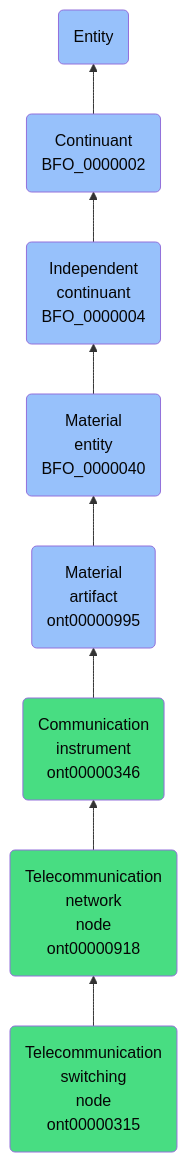
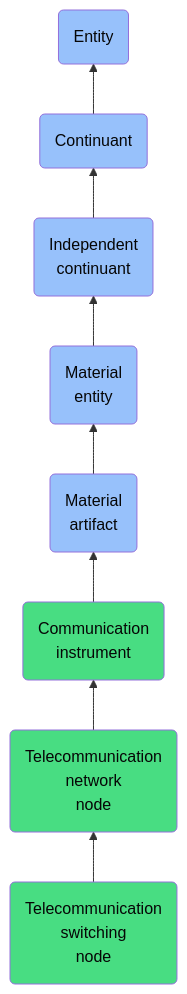
Before and after one commit to jupyter-naas/abi: the diagram in docs/ontology/reference/model/Entity/Continuant/Independent continuant/Material entity/Material artifact/Communication instrument/Telecommunication network node/Telecommunication switching node/Telecommunication switching node.md, drawn with Mermaid. The commit also changed other lines of this file and 1430 other files, not shown here.

````diff
--- a/docs/ontology/reference/model/Entity/Continuant/Independent continuant/Material entity/Material artifact/Communication instrument/Telecommunication network node/Telecommunication switching node/Telecommunication switching node.md
+++ b/docs/ontology/reference/model/Entity/Continuant/Independent continuant/Material entity/Material artifact/Communication instrument/Telecommunication network node/Telecommunication switching node/Telecommunication switching node.md
@@ -24,15 +24,15 @@
 ```mermaid
 graph BT
-    ont00000315(Telecommunication<br>switching<br>node<br>ont00000315):::ABI-->ont00000918
-    ont00000918(Telecommunication<br>network<br>node<br>ont00000918):::ABI-->ont00000346
-    ont00000346(Communication<br>instrument<br>ont00000346):::ABI-->ont00000995
-    ont00000995(Material<br>artifact<br>ont00000995):::BFO-->BFO_0000040
-    BFO_0000040(Material<br>entity<br>BFO_0000040):::BFO-->BFO_0000004
-    BFO_0000004(Independent<br>continuant<br>BFO_0000004):::BFO-->BFO_0000002
-    BFO_0000002(Continuant<br>BFO_0000002):::BFO-->BFO_0000001
+    ont00000315(Telecommunication<br>switching<br>node):::ABI-->ont00000918
+    ont00000918(Telecommunication<br>network<br>node):::ABI-->ont00000346
+    ont00000346(Communication<br>instrument):::ABI-->ont00000995
+    ont00000995(Material<br>artifact):::BFO-->BFO_0000040
+    BFO_0000040(Material<br>entity):::BFO-->BFO_0000004
+    BFO_0000004(Independent<br>continuant):::BFO-->BFO_0000002
+    BFO_0000002(Continuant):::BFO-->BFO_0000001
     BFO_0000001(Entity):::BFO
     
     classDef BFO fill:#97c1fb,color:#060606
     classDef CCO fill:#e4c51e,color:#060606
     classDef ABI fill:#48DD82,color:#060606
 ```
````
